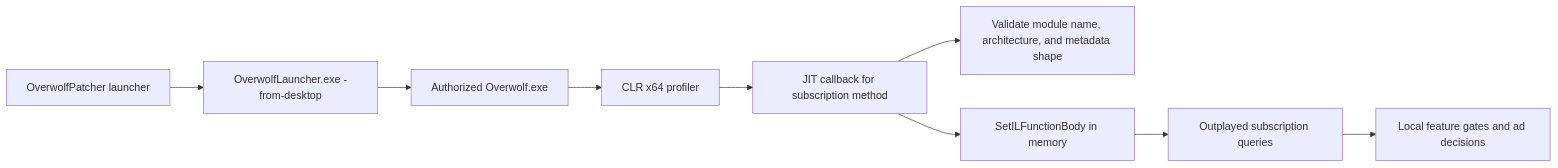
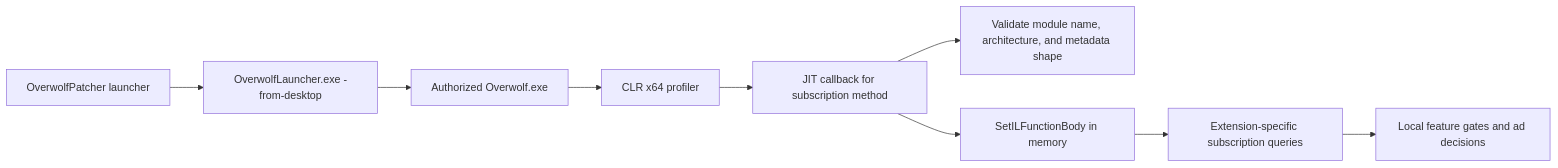
The diagram in README.md (DecoderCoder/OverwolfPatcher), drawn with Mermaid before and after one commit. The commit also changed other lines of this file and 7 other files, not shown here.

````diff
--- a/README.md
+++ b/README.md
@@ -81,11 +176,11 @@
 ```mermaid
 flowchart LR
     L[OverwolfPatcher launcher] --> S[OverwolfLauncher.exe -from-desktop]
     S --> O[Authorized Overwolf.exe]
     O --> P[CLR x64 profiler]
     P --> J[JIT callback for subscription method]
     J --> V[Validate module name, architecture, and metadata shape]
     J --> I[SetILFunctionBody in memory]
-    I --> C[Outplayed subscription queries]
+    I --> C[Extension-specific subscription queries]
     C --> F[Local feature gates and ad decisions]
 ```
````
